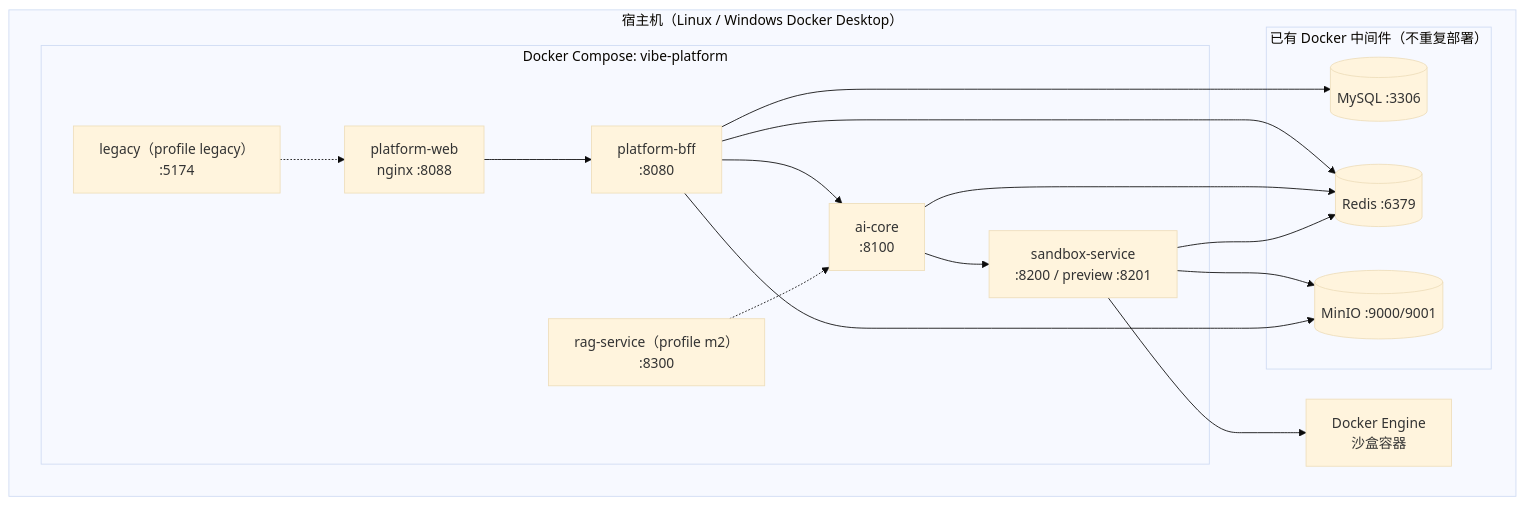
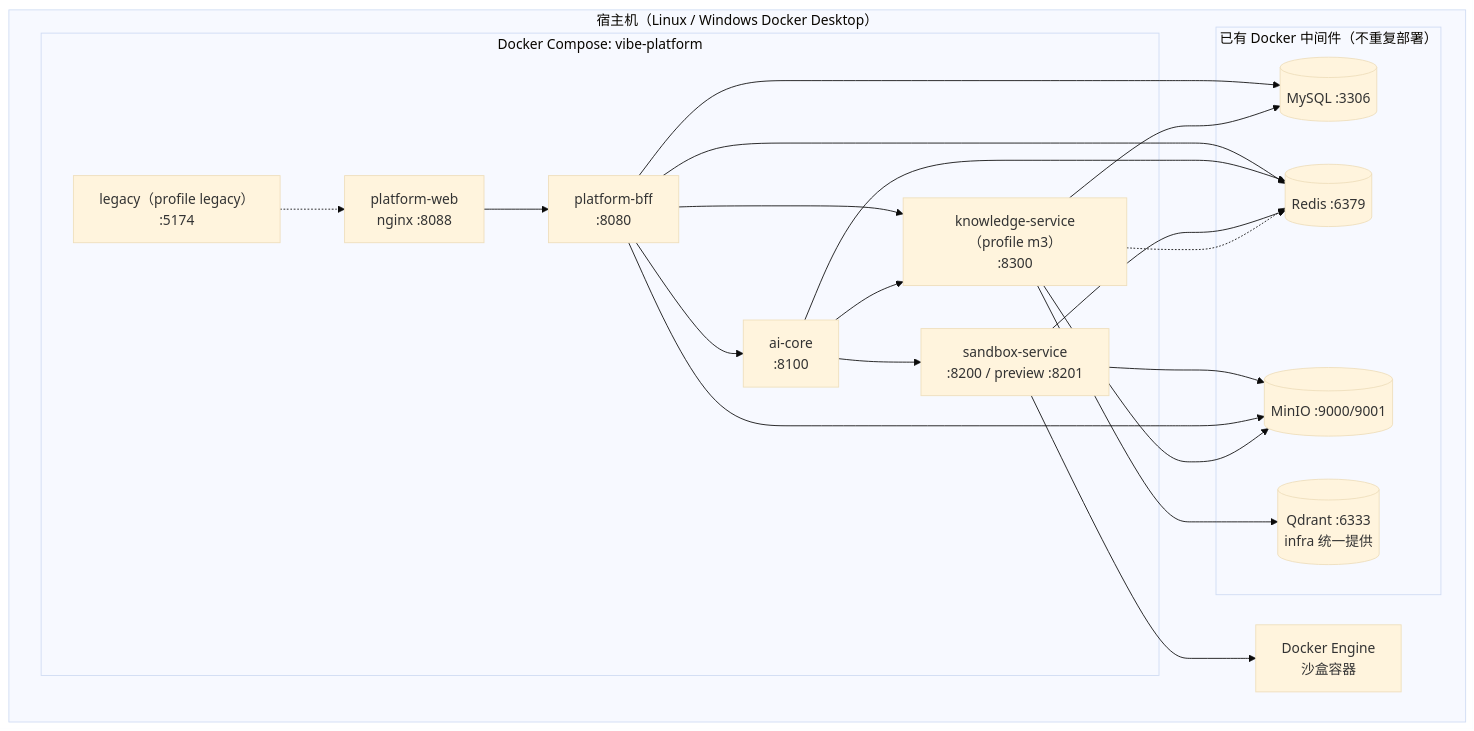
Diagram 14 of 14 in docs/design/02.整体架构设计.md (Cai199999/vibe-platform), drawn with Mermaid (base theme) before and after one commit. The commit also changed other lines of this file and 10 other files, not shown here.

````diff
--- a/docs/design/02.整体架构设计.md
+++ b/docs/design/02.整体架构设计.md
@@ -1324,31 +1455,37 @@
 ```mermaid
 flowchart TB
     subgraph HOST["宿主机（Linux / Windows Docker Desktop）"]
         subgraph COMPOSE["Docker Compose: vibe-platform"]
             WEB["platform-web<br/>nginx :8088"]
             BFF["platform-bff<br/>:8080"]
             AI["ai-core<br/>:8100"]
             SBX["sandbox-service<br/>:8200 / preview :8201"]
-            RAG["rag-service（profile m2）<br/>:8300"]
+            KNS["knowledge-service（profile m3）<br/>:8300"]
             LEGACY["legacy（profile legacy）<br/>:5174"]
         end
         subgraph EXTERNAL["已有 Docker 中间件（不重复部署）"]
             MYSQL[("MySQL :3306")]
             REDIS[("Redis :6379")]
             MINIO[("MinIO :9000/9001")]
+            VDB[("Qdrant :6333<br/>infra 统一提供")]
         end
         DOCKER["Docker Engine<br/>沙盒容器"]
     end
     WEB --> BFF
     BFF --> AI
     AI --> SBX
     SBX --> DOCKER
     BFF --> MYSQL
     BFF --> REDIS
     AI --> REDIS
     SBX --> MINIO
     SBX --> REDIS
     BFF --> MINIO
-    RAG -.-> AI
+    BFF --> KNS
+    AI --> KNS
+    KNS --> MYSQL
+    KNS --> MINIO
+    KNS --> VDB
+    KNS -.-> REDIS
     LEGACY -.-> WEB
 ```
````
